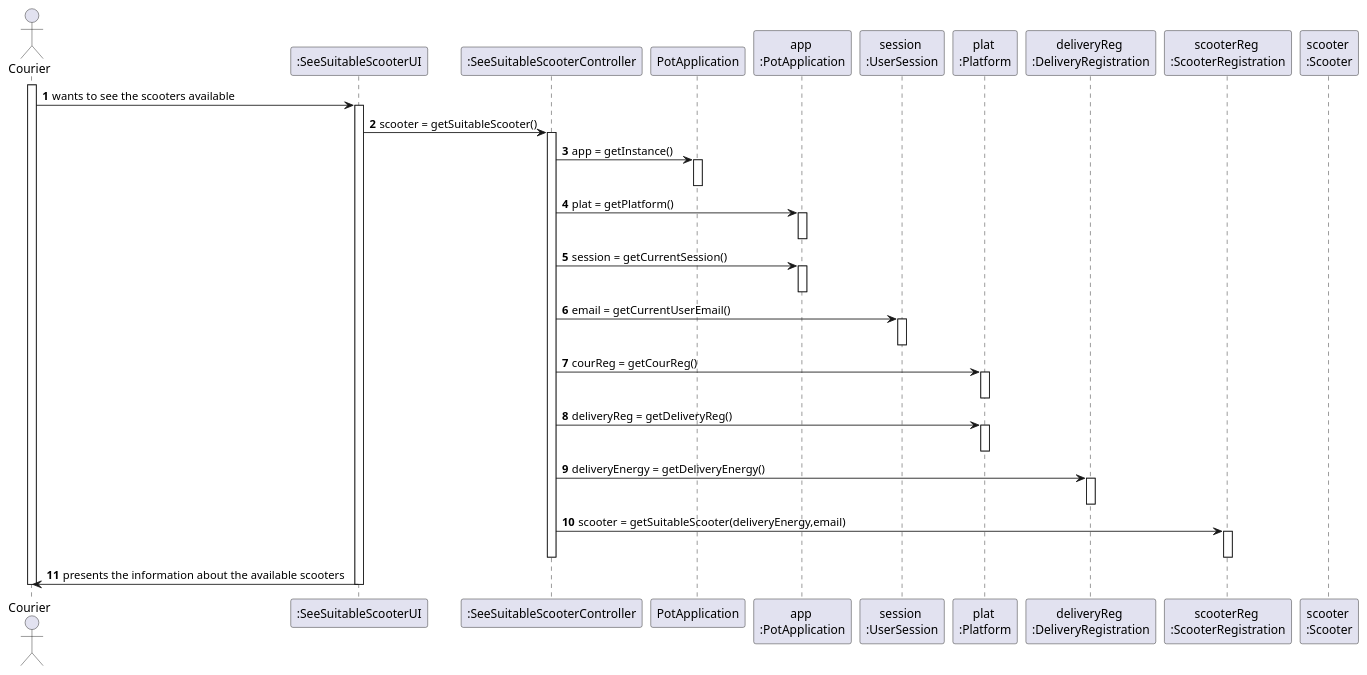
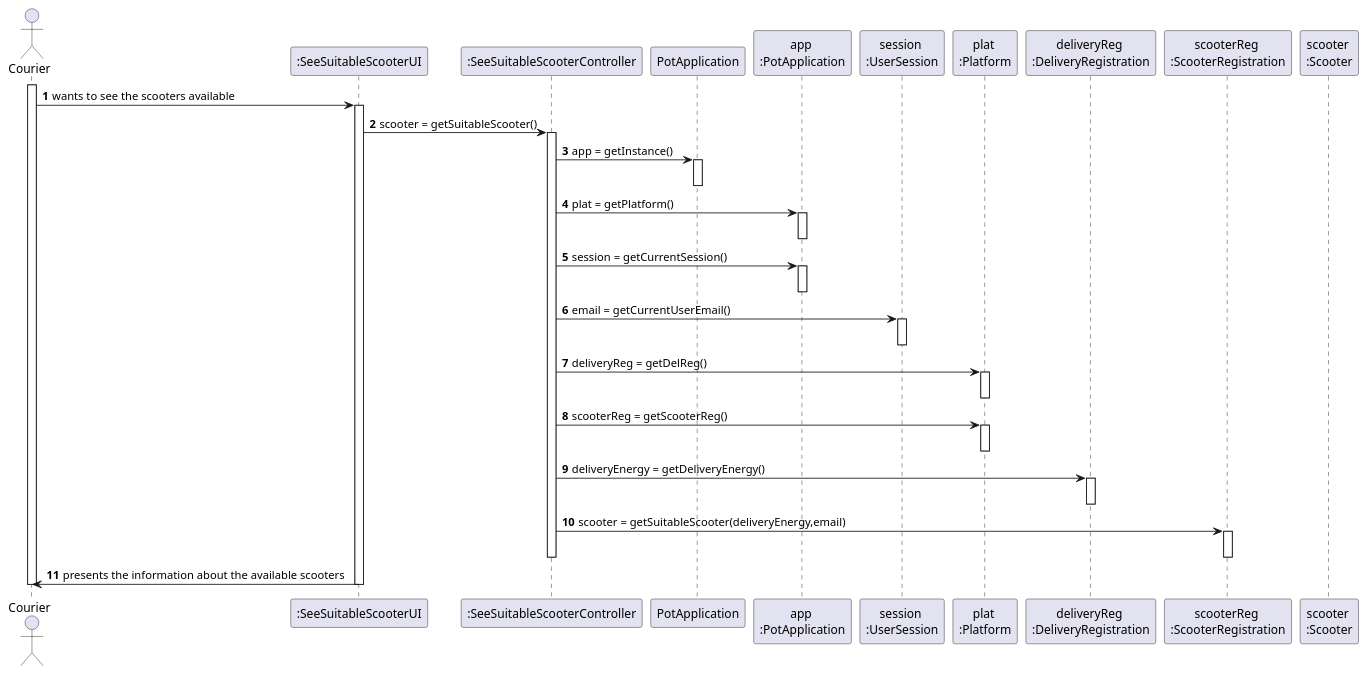
The diagram in docs/Iteration 1/Delivery Management/US24_SeeSuitableScooter/US24_SD.puml (tiagoavcosta25/LAPR3), drawn with PlantUML before and after one commit. The commit also changed 3 other files, not shown here.

```diff
--- a/docs/Iteration 1/Delivery Management/US24_SeeSuitableScooter/US24_SD.puml
+++ b/docs/Iteration 1/Delivery Management/US24_SeeSuitableScooter/US24_SD.puml
@@ -1,54 +1,54 @@
 @startuml
 autonumber
 actor "Courier" as COURIER
 
 participant ":SeeSuitableScooterUI" as UI
 participant ":SeeSuitableScooterController" as CTRL
 participant "PotApplication" as PA
 participant "app \n:PotApplication" as APA
 participant "session \n:UserSession" as US
 participant "plat \n:Platform" as PLAT
 participant "deliveryReg \n:DeliveryRegistration" as DR
 participant "scooterReg \n:ScooterRegistration" as RF
 participant "scooter \n:Scooter" as CS
 
 
 activate COURIER
 
 COURIER -> UI :  wants to see the scooters available
 activate UI
 UI -> CTRL : scooter = getSuitableScooter()
 activate CTRL
 CTRL -> PA : app = getInstance()
 activate PA
 deactivate PA
 CTRL -> APA : plat = getPlatform()
 activate APA
 deactivate APA
 CTRL -> APA : session = getCurrentSession()
 activate APA
 deactivate APA
 CTRL -> US : email = getCurrentUserEmail()
 activate US
 deactivate US
-CTRL -> PLAT : courReg = getCourReg()
+CTRL -> PLAT : deliveryReg = getDelReg()
 activate PLAT
 deactivate PLAT
-CTRL -> PLAT : deliveryReg = getDeliveryReg()
+CTRL -> PLAT : scooterReg = getScooterReg()
 activate PLAT
 deactivate PLAT
 CTRL -> DR : deliveryEnergy = getDeliveryEnergy()
 activate DR
 deactivate DR
 CTRL -> RF : scooter = getSuitableScooter(deliveryEnergy,email)
 activate RF
 deactivate RF
 deactivate CTRL
 
 
 UI -> COURIER : presents the information about the available scooters
 deactivate UI
 
 deactivate COURIER
 
 @enduml
```
